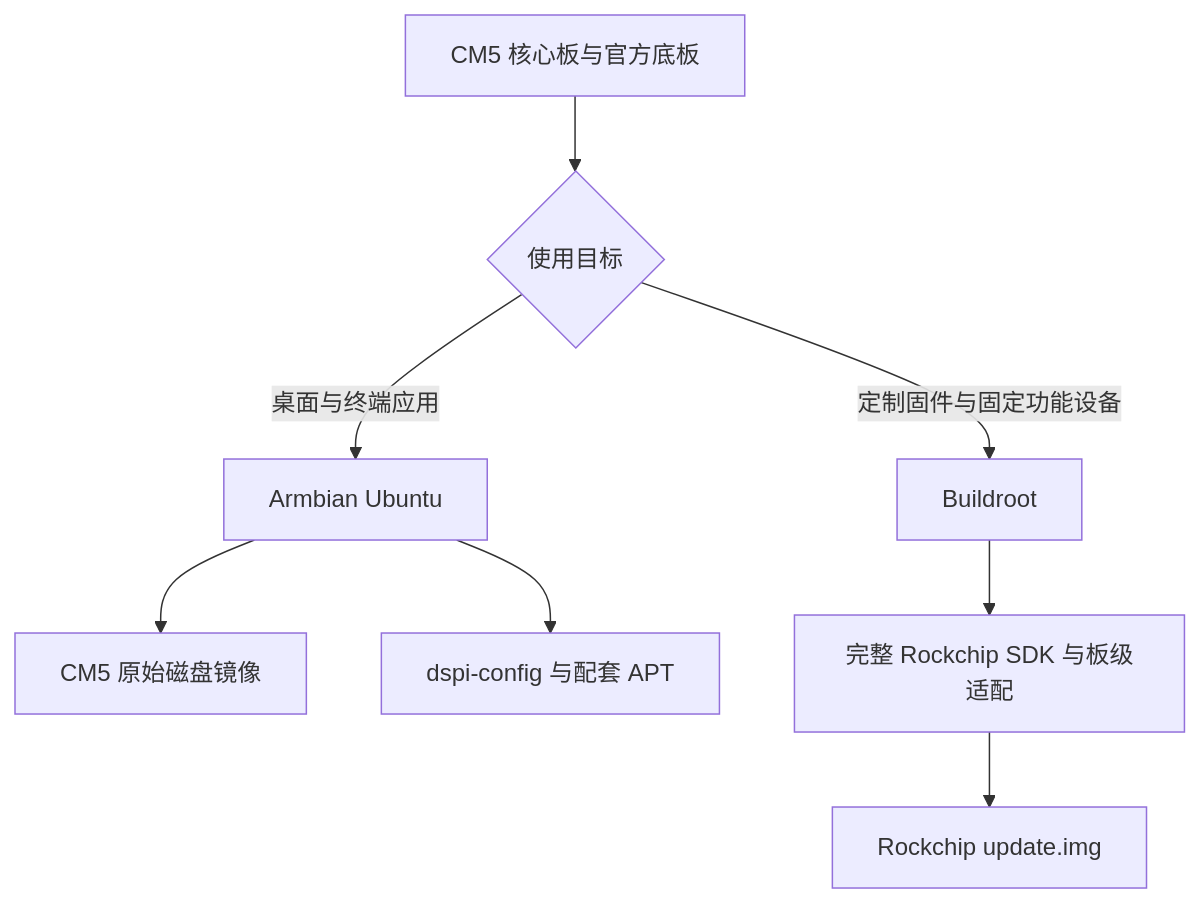
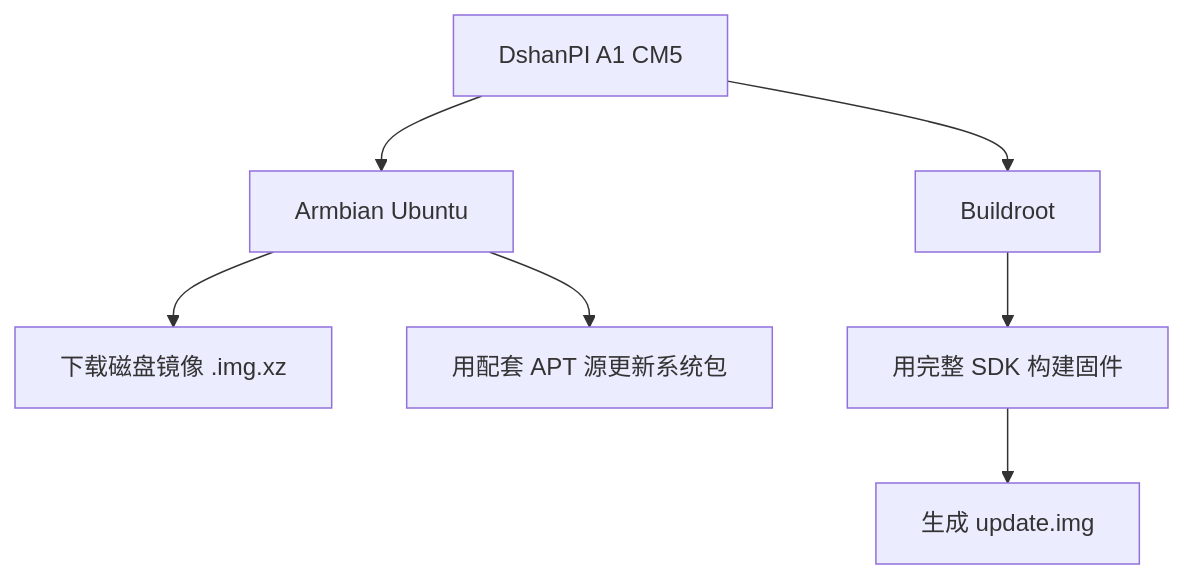
Before and after one commit to dshanpi/Docs: the diagram in docs/DshanPi-A1_CM5/5-Reference/01-ResourcesAndVersions.md, drawn with Mermaid. The commit also changed other lines of this file and 240 other files, not shown here.

````diff
--- a/docs/DshanPi-A1_CM5/5-Reference/01-ResourcesAndVersions.md
+++ b/docs/DshanPi-A1_CM5/5-Reference/01-ResourcesAndVersions.md
@@ -33,10 +28,9 @@
 ```mermaid
 flowchart TD
-    A[CM5 核心板与官方底板] --> B{使用目标}
-    B -->|桌面与终端应用| C[Armbian Ubuntu]
-    B -->|定制固件与固定功能设备| D[Buildroot]
-    C --> E[CM5 原始磁盘镜像]
-    C --> F[dspi-config 与配套 APT]
-    D --> G[完整 Rockchip SDK 与板级适配]
-    G --> H[Rockchip update.img]
+    A[DshanPI A1 CM5] --> B[Armbian Ubuntu]
+    A --> C[Buildroot]
+    B --> D[下载磁盘镜像 .img.xz]
+    B --> E[用配套 APT 源更新系统包]
+    C --> F[用完整 SDK 构建固件]
+    F --> G[生成 update.img]
 ```
````
